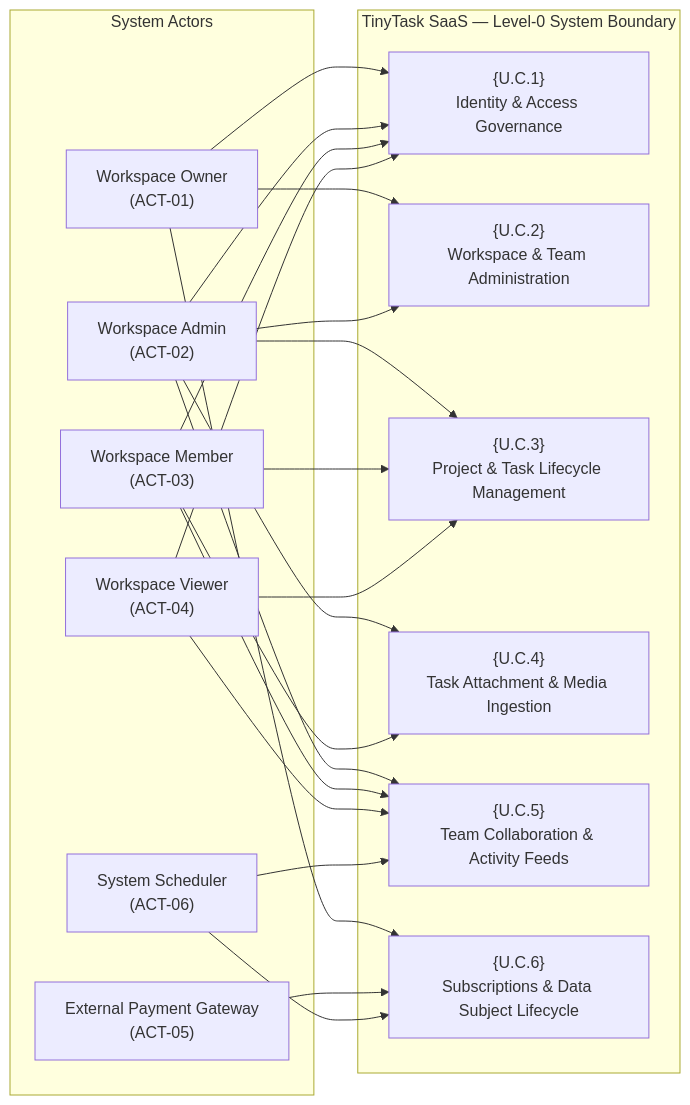
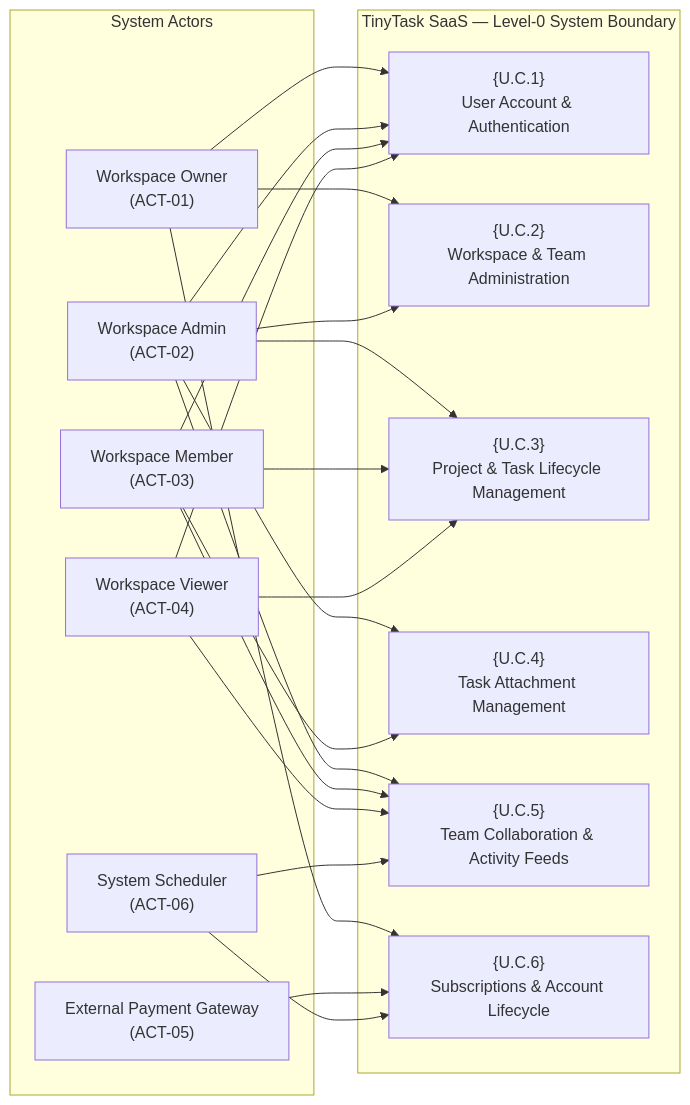
One commit to pauloribeiro16/aegis-mvp changed the second of 8 diagrams in cases/Case_01_TinyTask_SaaS/03_PHASE3_SPEC/Doc02_System_Use_Cases.md. Above: the diagram before and after it, drawn with Mermaid. The commit also changed other lines of this file and 1 other file, not shown here.

````diff
--- a/cases/Case_01_TinyTask_SaaS/03_PHASE3_SPEC/Doc02_System_Use_Cases.md
+++ b/cases/Case_01_TinyTask_SaaS/03_PHASE3_SPEC/Doc02_System_Use_Cases.md
@@ -98,43 +98,43 @@
 ```mermaid
 flowchart LR
     subgraph Actors ["System Actors"]
         Owner["Workspace Owner<br>(ACT-01)"]
         Admin["Workspace Admin<br>(ACT-02)"]
         Member["Workspace Member<br>(ACT-03)"]
         Viewer["Workspace Viewer<br>(ACT-04)"]
         Stripe["External Payment Gateway<br>(ACT-05)"]
         Scheduler["System Scheduler<br>(ACT-06)"]
     end
 
     subgraph TinyTask_System ["TinyTask SaaS — Level-0 System Boundary"]
-        UC1["{U.C.1}<br>Identity & Access Governance"]
+        UC1["{U.C.1}<br>User Account & Authentication"]
         UC2["{U.C.2}<br>Workspace & Team Administration"]
         UC3["{U.C.3}<br>Project & Task Lifecycle Management"]
-        UC4["{U.C.4}<br>Task Attachment & Media Ingestion"]
+        UC4["{U.C.4}<br>Task Attachment Management"]
         UC5["{U.C.5}<br>Team Collaboration & Activity Feeds"]
-        UC6["{U.C.6}<br>Subscriptions & Data Subject Lifecycle"]
+        UC6["{U.C.6}<br>Subscriptions & Account Lifecycle"]
     end
 
     Owner --> UC1
     Owner --> UC2
     Owner --> UC6
 
     Admin --> UC1
     Admin --> UC2
     Admin --> UC3
     Admin --> UC4
     Admin --> UC5
 
     Member --> UC1
     Member --> UC3
     Member --> UC4
     Member --> UC5
 
     Viewer --> UC1
     Viewer --> UC3
     Viewer --> UC5
 
     Stripe --> UC6
     Scheduler --> UC5
     Scheduler --> UC6
 ```
````
